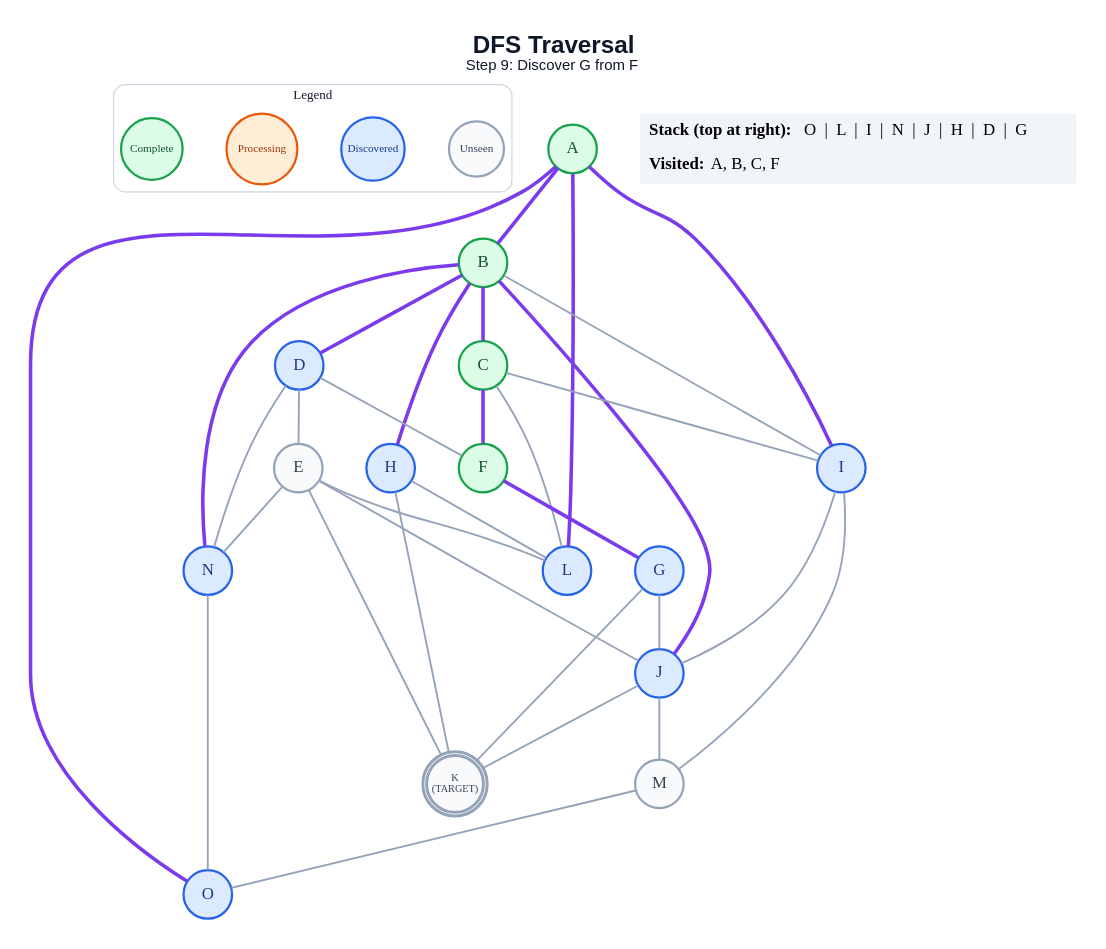
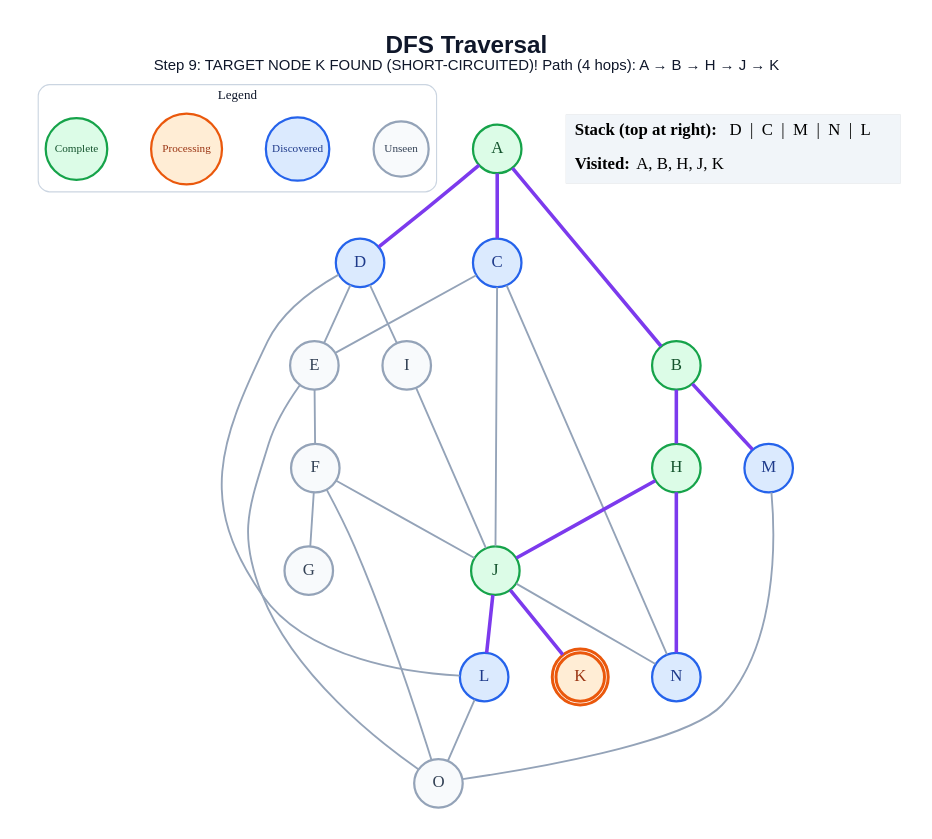
One commit to anon7238593-create/ai-slop changed the diagram in generated/short-circuit/dfs/step_09.dot. Above: the diagram before and after it, drawn with Graphviz. The commit also changed 272 other files, not shown here.

```diff
--- a/generated/short-circuit/dfs/step_09.dot
+++ b/generated/short-circuit/dfs/step_09.dot
@@ -1,65 +1,58 @@
 graph traversal {
   graph [layout=dot, rankdir=TB, bgcolor="#FFFFFF", pad="0.35", nodesep="0.65", ranksep="0.8", fontname="Arial"];
   node [shape=circle, style="filled", fontname="Arial Bold", fontsize=18, width=0.72, fixedsize=true, penwidth=2.4];
   edge [color="#94A3B8", penwidth=2.0];
-  label=<<B>DFS Traversal</B><BR/><FONT POINT-SIZE="16">Step 9: Discover G from F</FONT>>; labelloc="t"; fontsize=26; fontname="Arial"; fontcolor="#0F172A";
+  label=<<B>DFS Traversal</B><BR/><FONT POINT-SIZE="16">Step 9: TARGET NODE K FOUND (SHORT-CIRCUITED)! Path (4 hops): A → B → H → J → K</FONT>>; labelloc="t"; fontsize=26; fontname="Arial"; fontcolor="#0F172A";
   subgraph cluster_legend { label="Legend"; color="#CBD5E1"; penwidth=1.2; style="rounded"; fontsize=14; fontname="Arial Bold";
     key_unseen [label="Unseen", fillcolor="#F8FAFC", color="#94A3B8", fontcolor="#334155", fontsize=12, width=0.82];
     key_frontier [label="Discovered", fillcolor="#DBEAFE", color="#2563EB", fontcolor="#1E3A8A", fontsize=12, width=0.95];
     key_current [label="Processing", fillcolor="#FFEDD5", color="#EA580C", fontcolor="#9A3412", fontsize=12, width=1.05];
     key_done [label="Complete", fillcolor="#DCFCE7", color="#16A34A", fontcolor="#14532D", fontsize=12, width=0.92];
     { rank=same; key_unseen; key_frontier; key_current; key_done; }
   }
   A [label="A", fillcolor="#DCFCE7", color="#16A34A", fontcolor="#14532D", peripheries=1, penwidth=2.4];
   B [label="B", fillcolor="#DCFCE7", color="#16A34A", fontcolor="#14532D", peripheries=1, penwidth=2.4];
-  C [label="C", fillcolor="#DCFCE7", color="#16A34A", fontcolor="#14532D", peripheries=1, penwidth=2.4];
+  C [label="C", fillcolor="#DBEAFE", color="#2563EB", fontcolor="#1E3A8A", peripheries=1, penwidth=2.4];
   D [label="D", fillcolor="#DBEAFE", color="#2563EB", fontcolor="#1E3A8A", peripheries=1, penwidth=2.4];
   E [label="E", fillcolor="#F8FAFC", color="#94A3B8", fontcolor="#334155", peripheries=1, penwidth=2.4];
-  F [label="F", fillcolor="#DCFCE7", color="#16A34A", fontcolor="#14532D", peripheries=1, penwidth=2.4];
-  G [label="G", fillcolor="#DBEAFE", color="#2563EB", fontcolor="#1E3A8A", peripheries=1, penwidth=2.4];
-  H [label="H", fillcolor="#DBEAFE", color="#2563EB", fontcolor="#1E3A8A", peripheries=1, penwidth=2.4];
-  I [label="I", fillcolor="#DBEAFE", color="#2563EB", fontcolor="#1E3A8A", peripheries=1, penwidth=2.4];
-  J [label="J", fillcolor="#DBEAFE", color="#2563EB", fontcolor="#1E3A8A", peripheries=1, penwidth=2.4];
-  K [label="K\n(TARGET)", fillcolor="#F8FAFC", color="#94A3B8", fontcolor="#334155", peripheries=2, penwidth=3.2, fontsize=11, width=0.85, height=0.85];
+  F [label="F", fillcolor="#F8FAFC", color="#94A3B8", fontcolor="#334155", peripheries=1, penwidth=2.4];
+  G [label="G", fillcolor="#F8FAFC", color="#94A3B8", fontcolor="#334155", peripheries=1, penwidth=2.4];
+  H [label="H", fillcolor="#DCFCE7", color="#16A34A", fontcolor="#14532D", peripheries=1, penwidth=2.4];
+  I [label="I", fillcolor="#F8FAFC", color="#94A3B8", fontcolor="#334155", peripheries=1, penwidth=2.4];
+  J [label="J", fillcolor="#DCFCE7", color="#16A34A", fontcolor="#14532D", peripheries=1, penwidth=2.4];
+  K [label="K", fillcolor="#FFEDD5", color="#EA580C", fontcolor="#9A3412", peripheries=2, penwidth=3.2];
   L [label="L", fillcolor="#DBEAFE", color="#2563EB", fontcolor="#1E3A8A", peripheries=1, penwidth=2.4];
-  M [label="M", fillcolor="#F8FAFC", color="#94A3B8", fontcolor="#334155", peripheries=1, penwidth=2.4];
+  M [label="M", fillcolor="#DBEAFE", color="#2563EB", fontcolor="#1E3A8A", peripheries=1, penwidth=2.4];
   N [label="N", fillcolor="#DBEAFE", color="#2563EB", fontcolor="#1E3A8A", peripheries=1, penwidth=2.4];
-  O [label="O", fillcolor="#DBEAFE", color="#2563EB", fontcolor="#1E3A8A", peripheries=1, penwidth=2.4];
+  O [label="O", fillcolor="#F8FAFC", color="#94A3B8", fontcolor="#334155", peripheries=1, penwidth=2.4];
   A -- B [color="#7C3AED", penwidth=3.8];
-  A -- I [color="#7C3AED", penwidth=3.8];
-  A -- L [color="#7C3AED", penwidth=3.8];
-  A -- O [color="#7C3AED", penwidth=3.8];
-  B -- C [color="#7C3AED", penwidth=3.8];
-  B -- D [color="#7C3AED", penwidth=3.8];
+  A -- C [color="#7C3AED", penwidth=3.8];
+  A -- D [color="#7C3AED", penwidth=3.8];
   B -- H [color="#7C3AED", penwidth=3.8];
-  B -- I;
-  B -- J [color="#7C3AED", penwidth=3.8];
-  B -- N [color="#7C3AED", penwidth=3.8];
-  C -- F [color="#7C3AED", penwidth=3.8];
-  C -- I;
-  C -- L;
+  B -- M [color="#7C3AED", penwidth=3.8];
+  C -- E;
+  C -- J;
+  C -- N;
   D -- E;
-  D -- F;
-  D -- N;
-  E -- J;
-  E -- K;
-  E -- L;
-  E -- N;
-  F -- G [color="#7C3AED", penwidth=3.8];
-  G -- J;
-  G -- K;
-  H -- K;
-  H -- L;
+  D -- I;
+  D -- L;
+  E -- F;
+  E -- O;
+  F -- G;
+  F -- J;
+  F -- O;
+  H -- J [color="#7C3AED", penwidth=3.8];
+  H -- N [color="#7C3AED", penwidth=3.8];
   I -- J;
-  I -- M;
-  J -- K;
-  J -- M;
+  J -- K [color="#7C3AED", penwidth=3.8];
+  J -- L [color="#7C3AED", penwidth=3.8];
+  J -- N;
+  L -- O;
   M -- O;
-  N -- O;
   status [shape=plain, fixedsize=false, width=0, height=0, margin=0, label=<
     <TABLE BORDER="0" CELLBORDER="0" CELLPADDING="7" BGCOLOR="#F1F5F9">
-      <TR><TD ALIGN="LEFT"><B>Stack (top at right):</B> O  |  L  |  I  |  N  |  J  |  H  |  D  |  G</TD></TR>
-      <TR><TD ALIGN="LEFT"><B>Visited:</B> A, B, C, F</TD></TR>
+      <TR><TD ALIGN="LEFT"><B>Stack (top at right):</B> D  |  C  |  M  |  N  |  L</TD></TR>
+      <TR><TD ALIGN="LEFT"><B>Visited:</B> A, B, H, J, K</TD></TR>
     </TABLE>
   >];
 }
```
